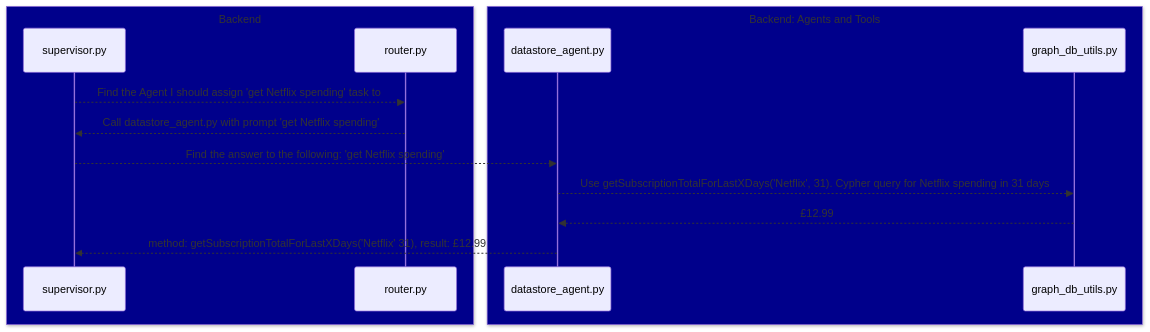
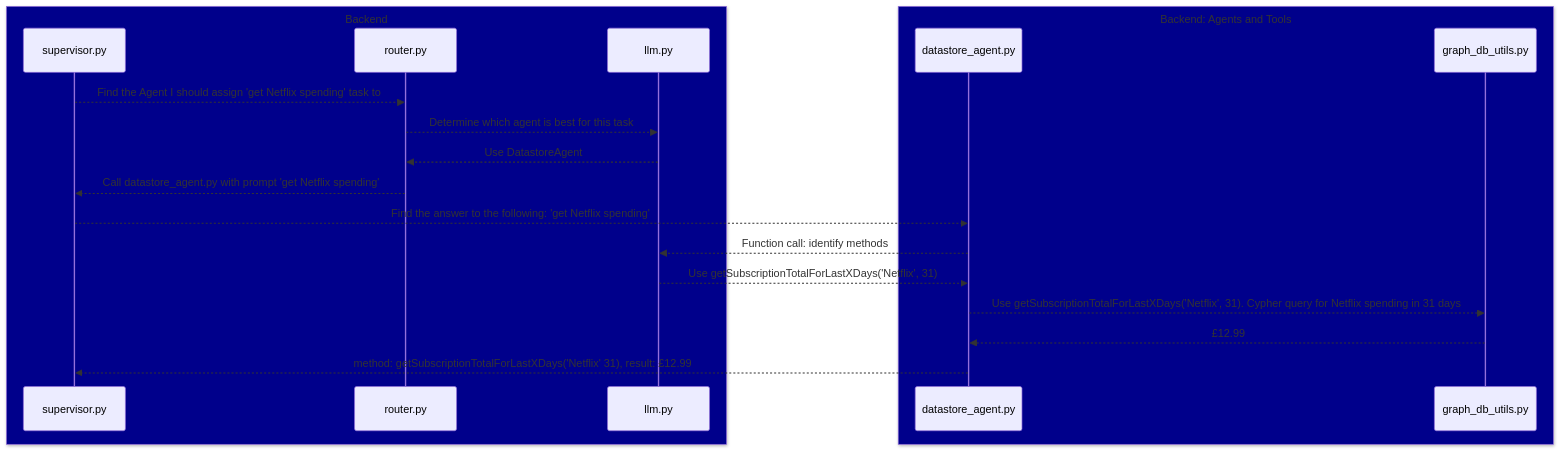
One commit to WaitThatShouldntWork/InferGPT changed the fourth of 5 diagrams in assets/sum-my-subscriptions/happy_flows_sum_my_subs_python_modules.md. Above: the diagram before and after it, drawn with Mermaid. The commit also changed other lines of this file and 1 other file, not shown here.

Commit message:
Include llm.py in python modules diagram

````diff
--- a/assets/sum-my-subscriptions/happy_flows_sum_my_subs_python_modules.md
+++ b/assets/sum-my-subscriptions/happy_flows_sum_my_subs_python_modules.md
@@ -49,17 +59,22 @@
 ```mermaid
 sequenceDiagram
     box DarkBlue Backend
     participant supervisor.py
     participant router.py
+    participant llm.py
     end
     box DarkBlue Backend: Agents and Tools
     participant datastore_agent.py
     participant graph_db_utils.py
     end
     supervisor.py -->> router.py: Find the Agent I should assign 'get Netflix spending' task to
+    router.py -->> llm.py: Determine which agent is best for this task
+    llm.py -->> router.py: Use DatastoreAgent
     router.py -->> supervisor.py: Call datastore_agent.py with prompt 'get Netflix spending'
     supervisor.py -->> datastore_agent.py: Find the answer to the following: 'get Netflix spending'
+    datastore_agent.py -->> llm.py: Function call: identify methods
+    llm.py -->> datastore_agent.py: Use getSubscriptionTotalForLastXDays('Netflix', 31)
     datastore_agent.py -->> graph_db_utils.py: Use getSubscriptionTotalForLastXDays('Netflix', 31).  Cypher query for Netflix spending in 31 days
     graph_db_utils.py -->> datastore_agent.py: £12.99
     datastore_agent.py -->> supervisor.py: method: getSubscriptionTotalForLastXDays('Netflix' 31), result: £12.99
 ```
````
